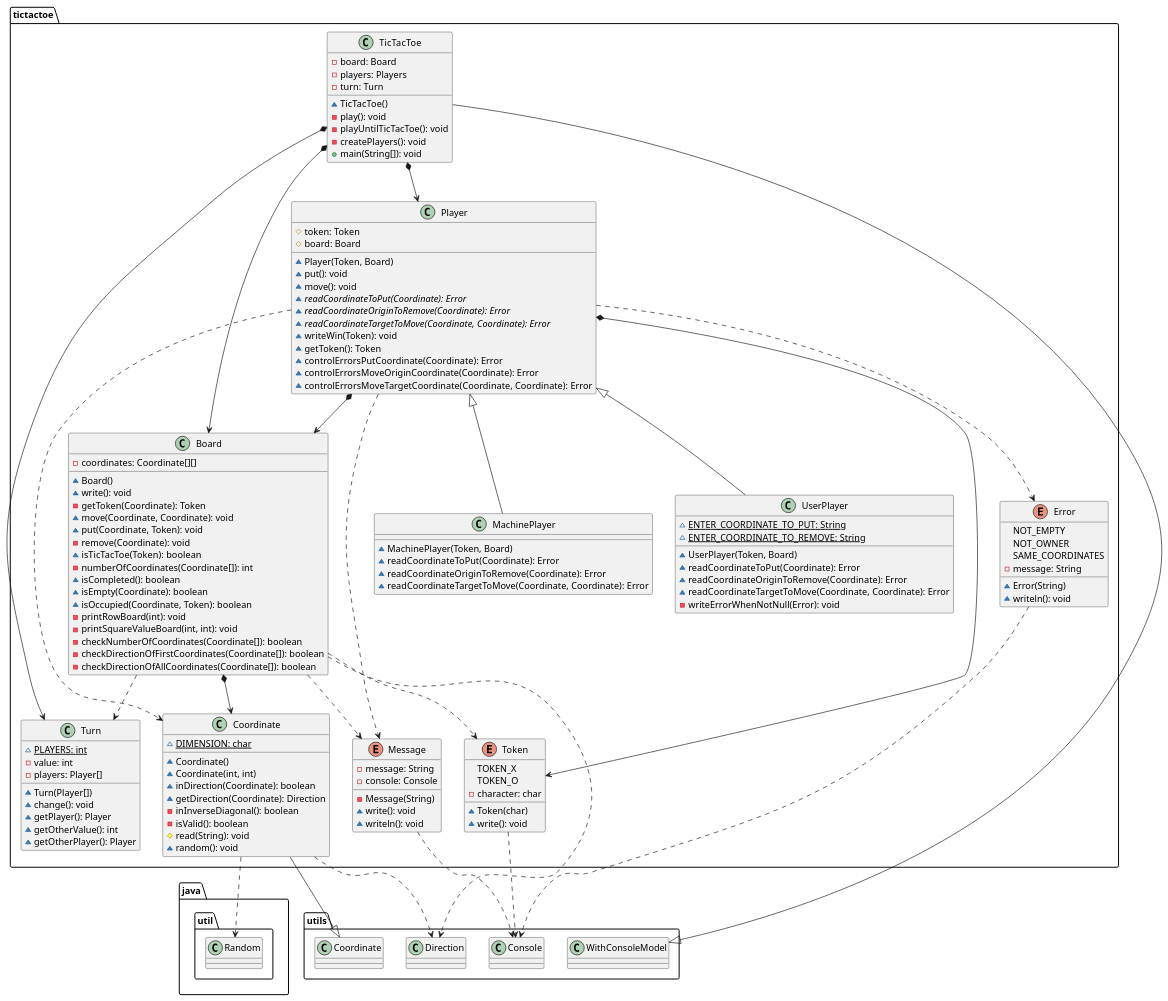
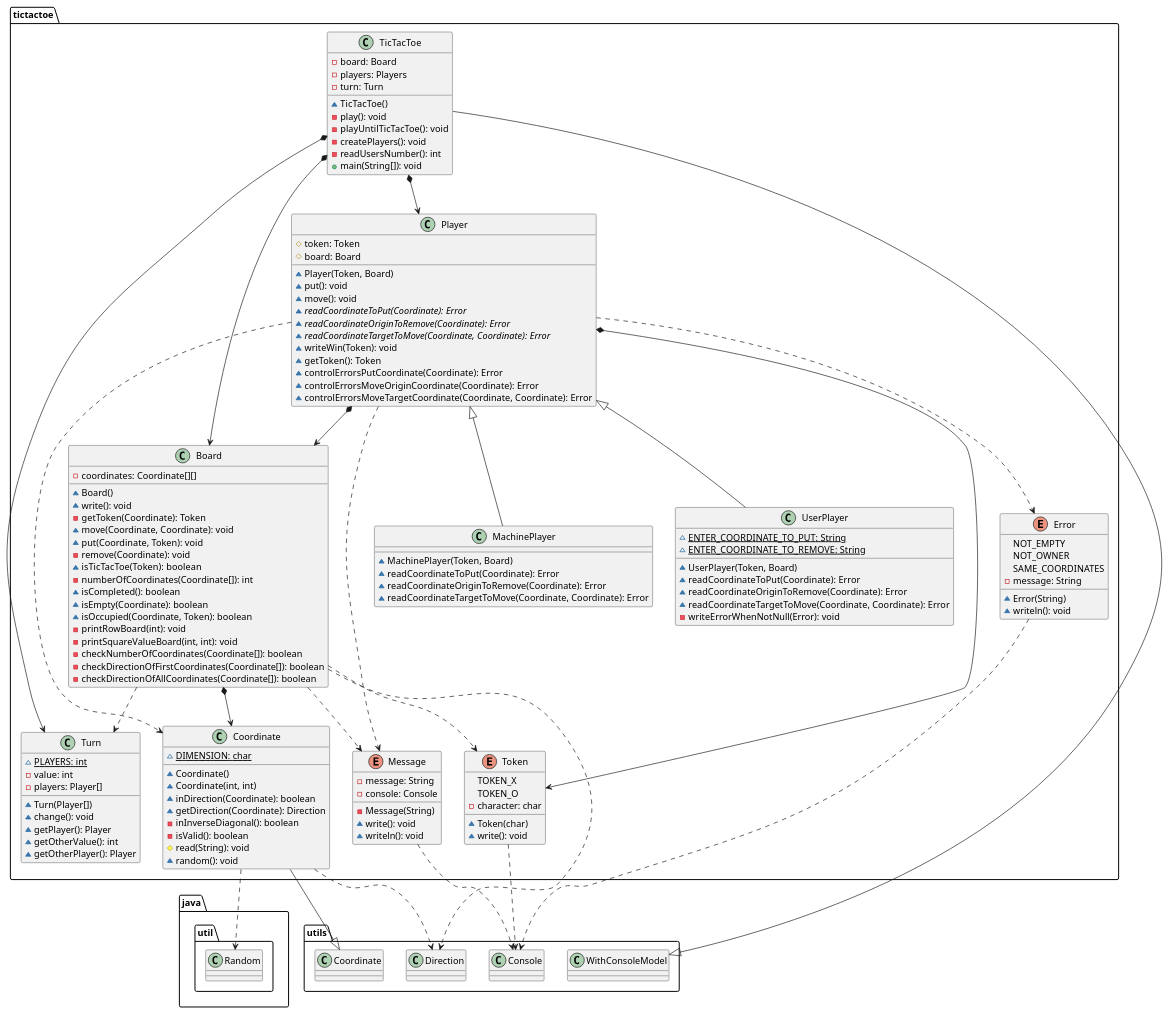
The second of 4 diagrams in docs/src/docs/asciidoc/index.adoc (x-USantaTecla-game-ticTacToe/java), drawn with PlantUML before and after one commit. The commit also changed 7 other files, not shown here.

```diff
--- a/docs/src/docs/asciidoc/index.adoc
+++ b/docs/src/docs/asciidoc/index.adoc
@@ -146,6 +146,7 @@
 - play(): void
 - playUntilTicTacToe(): void
 - createPlayers(): void
+- readUsersNumber(): int
 + main(String[]): void
 }
 utils.WithConsoleModel <|-down- tictactoe.TicTacToe
```
